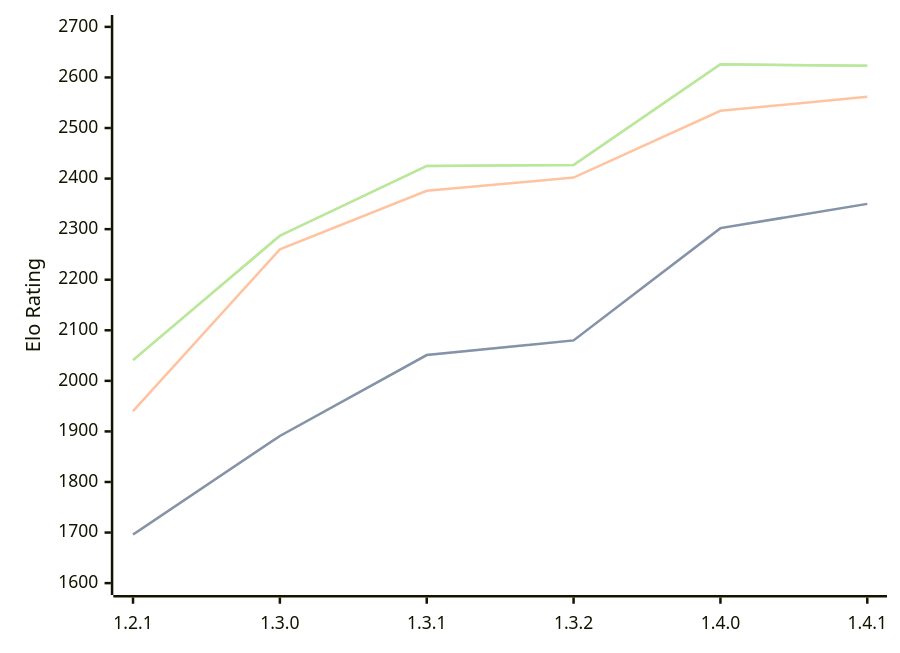
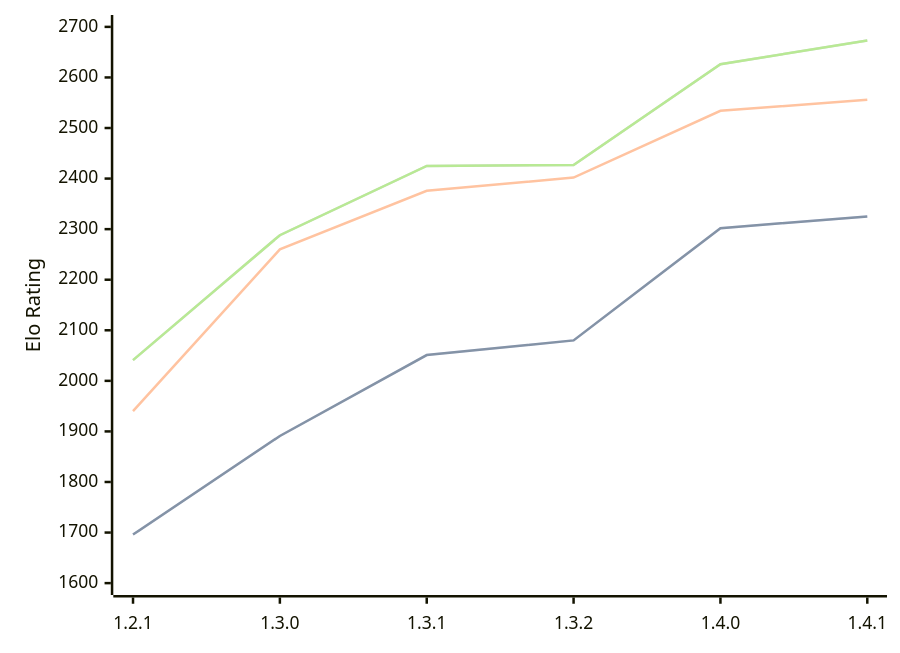
The diagram in engines/Chal.md (computer-chess-index/cci), drawn with Mermaid before and after one commit. The commit also changed other lines of this file, not shown here.

Commit message:
Update CCI Ratings (ELO VLTC) - 2026-04-27

````diff
--- a/engines/Chal.md
+++ b/engines/Chal.md
@@ -39,11 +39,11 @@
 ```mermaid
 %%{init: {"theme":"base","themeVariables":{"seriesColors:['#a3a3a3','#222221','#faa371']}}}%%
 xychart-beta
   x-axis ["1.2.1", "1.3.0", "1.3.1", "1.3.2", "1.4.0", "1.4.1"]
   y-axis "Elo Rating" 1600 --> 2700
-  line "STC (8.0+0.08s)" [1696, 1891, 2051, 2080, 2302, 2350]
-  line "STC (8.0+0.08s)" [1696, 1891, 2051, 2080, 2302, 2350]
-  line "LTC (60.0+0.60s)" [1940, 2260, 2376, 2402, 2534, 2562]
-  line "VLTC (2m24s+1.12s)" [2041, 2287, 2425, 2427, 2626, 2623]
-  line "VLTC (2m24s+1.12s)" [2041, 2287, 2425, 2427, 2626, 2623]
+  line "STC (8.0+0.08s)" [1696, 1891, 2051, 2080, 2302, 2325]
+  line "STC (8.0+0.08s)" [1696, 1891, 2051, 2080, 2302, 2325]
+  line "LTC (60.0+0.60s)" [1940, 2260, 2376, 2402, 2534, 2556]
+  line "VLTC (2m24s+1.12s)" [2041, 2288, 2425, 2427, 2626, 2673]
+  line "VLTC (2m24s+1.12s)" [2041, 2288, 2425, 2427, 2626, 2673]
 ```
````
